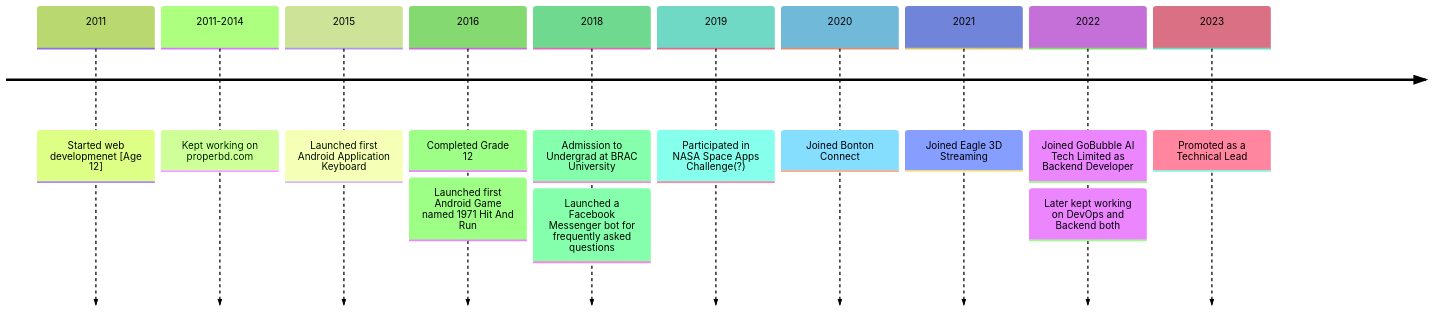
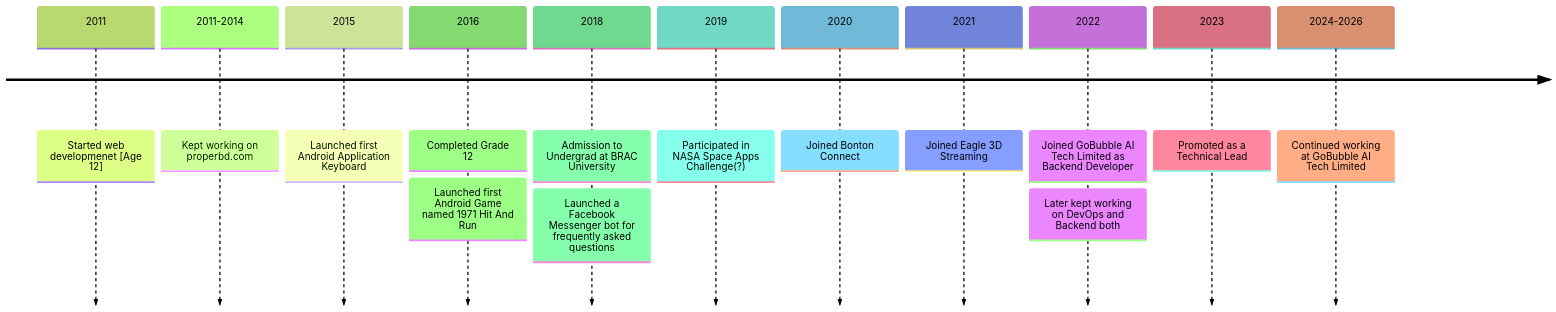
The diagram in README.md (robinmollah/robinmollah), drawn with Mermaid before and after one commit.

Commit message:
Update career timeline in README
Added new role and timeline at GoBubble AI Tech Limited.

````diff
--- a/README.md
+++ b/README.md
@@ -22,14 +22,15 @@
 ```mermaid
 %%{init: {'theme':'forest'}}%%
 timeline
   2011: Started web developmenet [Age 12]
   2011-2014: Kept working on properbd.com
   2015: Launched first Android Application Keyboard
   2016: Completed Grade 12 : Launched first Android Game named 1971 Hit And Run
   2018: Admission to Undergrad at BRAC University : Launched a Facebook Messenger bot for frequently asked questions
   2019: Participated in NASA Space Apps Challenge(?)
   2020: Joined Bonton Connect
   2021: Joined Eagle 3D Streaming
   2022: Joined GoBubble AI Tech Limited as Backend Developer : Later kept working on DevOps and Backend both
   2023: Promoted as a Technical Lead
+  2024-2026: Continued working at GoBubble AI Tech Limited
 ```
````
